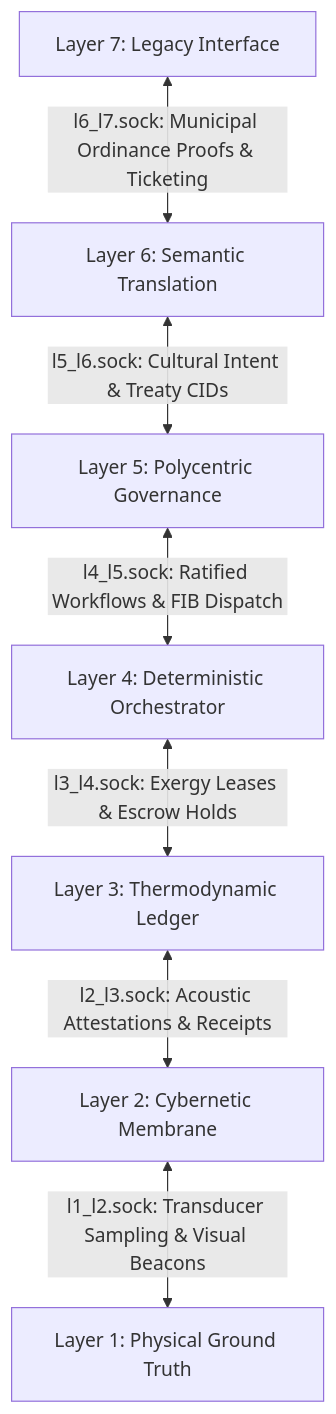
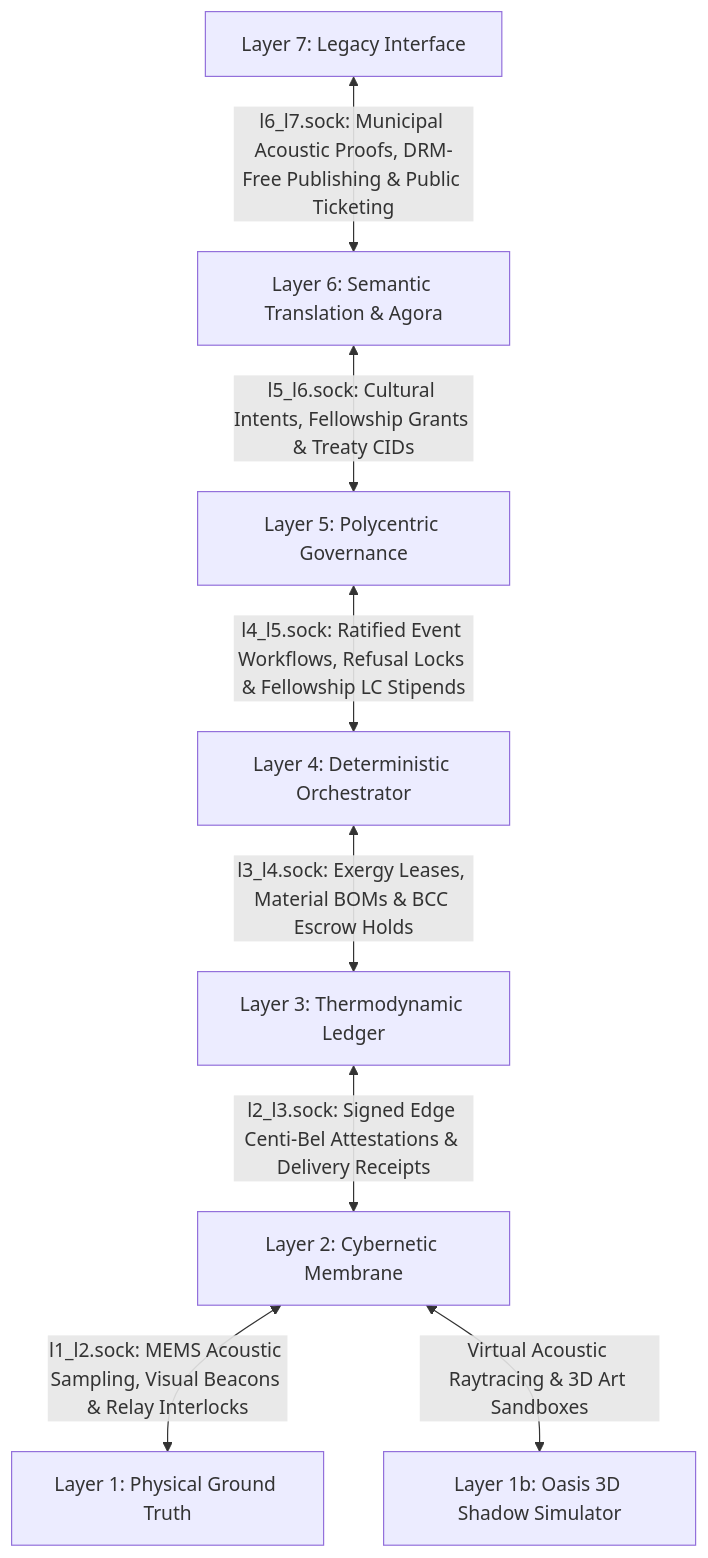
The second of 3 diagrams in docs/scenarios/lambda_cultural.md (raffaine/collective), drawn with Mermaid before and after one commit. The commit also changed other lines of this file and 10 other files, not shown here.

````diff
--- a/docs/scenarios/lambda_cultural.md
+++ b/docs/scenarios/lambda_cultural.md
@@ -39,9 +85,10 @@
 ```mermaid
 graph TD
-    L7[Layer 7: Legacy Interface] <-->|l6_l7.sock: Municipal Ordinance Proofs & Ticketing| L6[Layer 6: Semantic Translation]
-    L6 <-->|l5_l6.sock: Cultural Intent & Treaty CIDs| L5[Layer 5: Polycentric Governance]
-    L5 <-->|l4_l5.sock: Ratified Workflows & FIB Dispatch| L4[Layer 4: Deterministic Orchestrator]
-    L4 <-->|l3_l4.sock: Exergy Leases & Escrow Holds| L3[Layer 3: Thermodynamic Ledger]
-    L3 <-->|l2_l3.sock: Acoustic Attestations & Receipts| L2[Layer 2: Cybernetic Membrane]
-    L2 <-->|l1_l2.sock: Transducer Sampling & Visual Beacons| L1[Layer 1: Physical Ground Truth]
+    L7[Layer 7: Legacy Interface] <-->|l6_l7.sock: Municipal Acoustic Proofs, DRM-Free Publishing & Public Ticketing| L6[Layer 6: Semantic Translation & Agora]
+    L6 <-->|l5_l6.sock: Cultural Intents, Fellowship Grants & Treaty CIDs| L5[Layer 5: Polycentric Governance]
+    L5 <-->|l4_l5.sock: Ratified Event Workflows, Refusal Locks & Fellowship LC Stipends| L4[Layer 4: Deterministic Orchestrator]
+    L4 <-->|l3_l4.sock: Exergy Leases, Material BOMs & BCC Escrow Holds| L3[Layer 3: Thermodynamic Ledger]
+    L3 <-->|l2_l3.sock: Signed Edge Centi-Bel Attestations & Delivery Receipts| L2[Layer 2: Cybernetic Membrane]
+    L2 <-->|l1_l2.sock: MEMS Acoustic Sampling, Visual Beacons & Relay Interlocks| L1[Layer 1: Physical Ground Truth]
+    L2 <-->|Virtual Acoustic Raytracing & 3D Art Sandboxes| L1b[Layer 1b: Oasis 3D Shadow Simulator]
 ```
````
